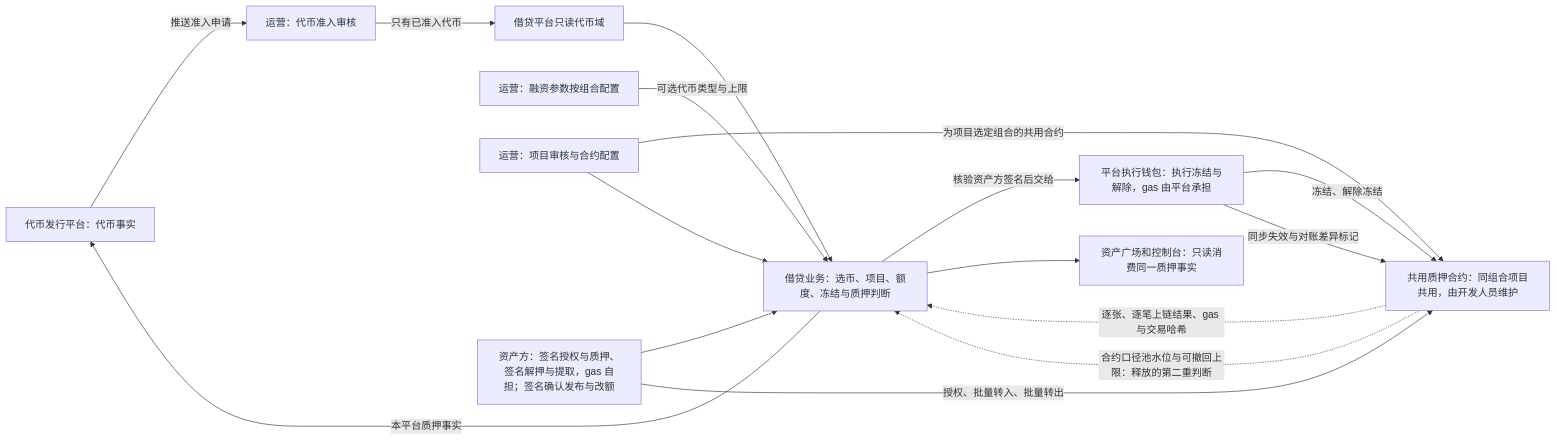
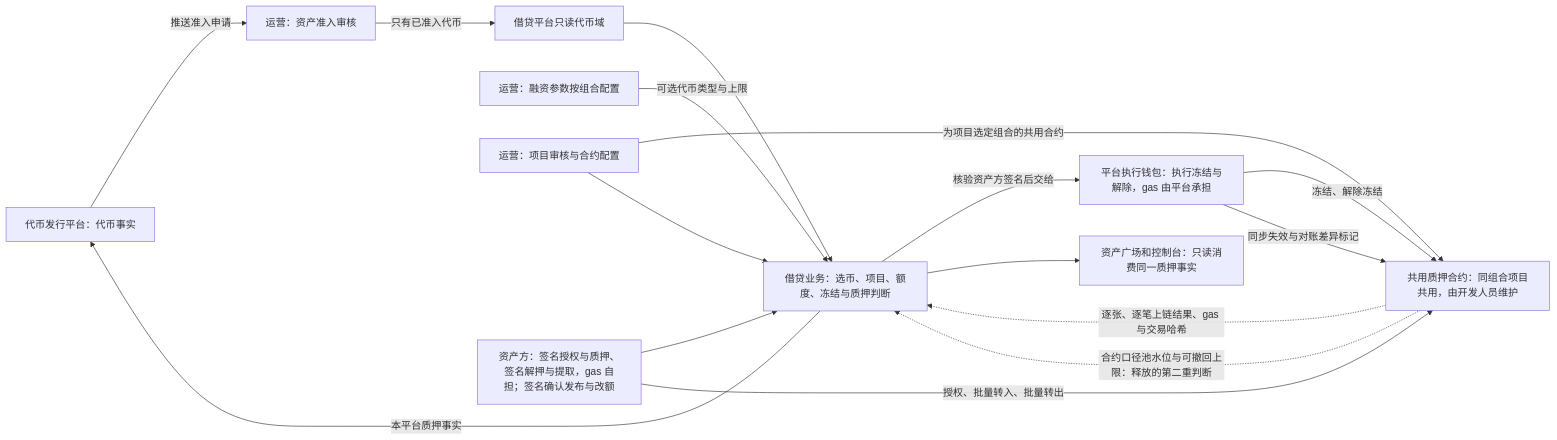
One commit to wxblockchain/Chain-Financing changed the fifth of 10 diagrams in lending-platform/PRD/面客端/05-借贷广场-融资需求与代币质押/02-融资需求与代币质押-流程图与状态机.md. Above: the diagram before and after it, drawn with Mermaid. The commit also changed other lines of this file and 18 other files, not shown here.

First line of the commit message:
prd(WS-439): rename 代币准入审核 to 资产准入审核

````diff
--- a/lending-platform/PRD/面客端/05-借贷广场-融资需求与代币质押/02-融资需求与代币质押-流程图与状态机.md
+++ b/lending-platform/PRD/面客端/05-借贷广场-融资需求与代币质押/02-融资需求与代币质押-流程图与状态机.md
@@ -155,18 +155,18 @@
 ```mermaid
 flowchart LR
-  A[代币发行平台：代币事实] -->|推送准入申请| AD[运营：代币准入审核]
+  A[代币发行平台：代币事实] -->|推送准入申请| AD[运营：资产准入审核]
   AD -->|只有已准入代币| B[借贷平台只读代币域]
   B --> C[借贷业务：选币、项目、额度、冻结与质押判断]
   P[运营：融资参数按组合配置] -->|可选代币类型与上限| C
   D[运营：项目审核与合约配置] -->|为项目选定组合的共用合约| X
   D --> C
   E[资产方：签名授权与质押、签名解押与提取，gas 自担；签名确认发布与改额] --> C
   PW[平台执行钱包：执行冻结与解除，gas 由平台承担] -->|冻结、解除冻结| X
   C -->|核验资产方签名后交给| PW
   X[共用质押合约：同组合项目共用，由开发人员维护] -.->|逐张、逐笔上链结果、gas 与交易哈希| C
   E -->|授权、批量转入、批量转出| X
   PW -->|同步失效与对账差异标记| X
   X -.->|合约口径池水位与可撤回上限：释放的第二重判断| C
   C -->|本平台质押事实| A
   C --> F[资产广场和控制台：只读消费同一质押事实]
 ```
````
